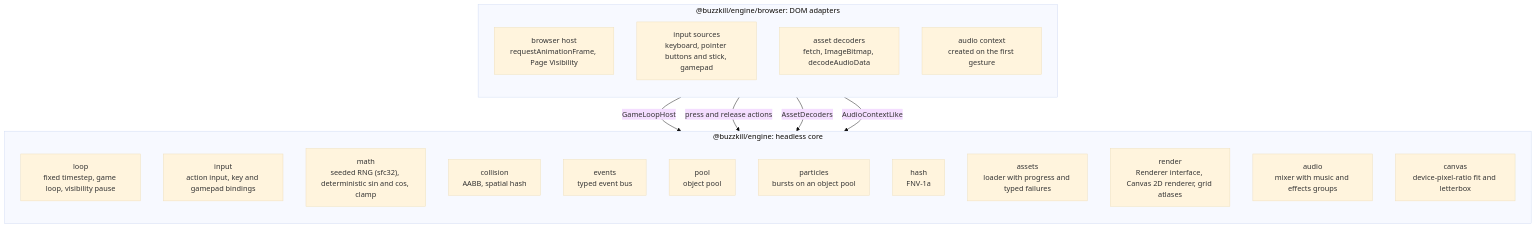
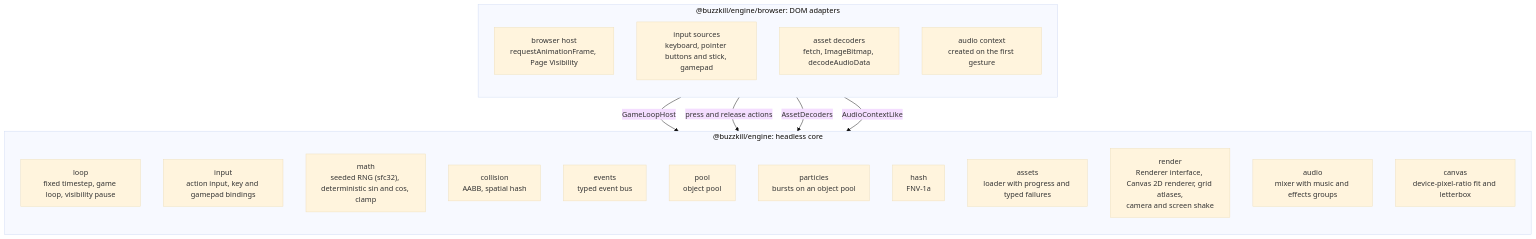
One commit to nazimajumaniyazova/buzzkill changed the third of 6 diagrams in docs/architecture.md. Above: the diagram before and after it, drawn with Mermaid (base theme). The commit also changed other lines of this file and 14 other files, not shown here.

First line of the commit message:
feat(web): shake the screen on hits, explosions and the queen

````diff
--- a/docs/architecture.md
+++ b/docs/architecture.md
@@ -111,31 +111,31 @@
 ```mermaid
 flowchart TB
   subgraph core["@buzzkill/engine: headless core"]
     direction TB
     loop["loop<br/>fixed timestep, game loop, visibility pause"]
     input["input<br/>action input, key and gamepad bindings"]
     math["math<br/>seeded RNG (sfc32), deterministic sin and cos, clamp"]
     collision["collision<br/>AABB, spatial hash"]
     events["events<br/>typed event bus"]
     pool["pool<br/>object pool"]
     particles["particles<br/>bursts on an object pool"]
     hash["hash<br/>FNV-1a"]
     assets["assets<br/>loader with progress and typed failures"]
-    render["render<br/>Renderer interface, Canvas 2D renderer, grid atlases"]
+    render["render<br/>Renderer interface, Canvas 2D renderer, grid atlases,<br/>camera and screen shake"]
     audio["audio<br/>mixer with music and effects groups"]
     fit["canvas<br/>device-pixel-ratio fit and letterbox"]
   end
 
   subgraph adapters["@buzzkill/engine/browser: DOM adapters"]
     direction TB
     host["browser host<br/>requestAnimationFrame, Page Visibility"]
     sources["input sources<br/>keyboard, pointer buttons and stick, gamepad"]
     decoders["asset decoders<br/>fetch, ImageBitmap, decodeAudioData"]
     context["audio context<br/>created on the first gesture"]
   end
 
   host -- "GameLoopHost" --> loop
   sources -- "press and release actions" --> input
   decoders -- "AssetDecoders" --> assets
   context -- "AudioContextLike" --> audio
 ```
````
